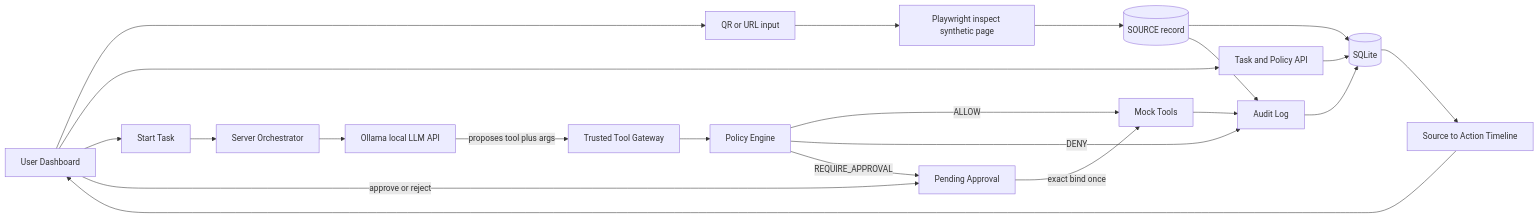
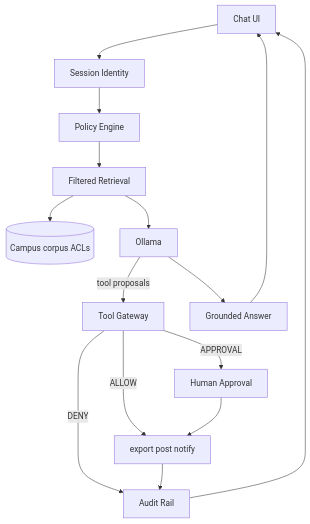
The diagram in docs/SYSTEM_OVERVIEW.md (shashankack/TraceFence), drawn with Mermaid before and after one commit. The commit also changed other lines of this file and 28 other files, not shown here.

First line of the commit message:
Lock TraceFence as the sole product with the source-aware gateway tagline.

````diff
--- a/docs/SYSTEM_OVERVIEW.md
+++ b/docs/SYSTEM_OVERVIEW.md
@@ -17,24 +38,17 @@
 ```mermaid
-flowchart LR
-  User[User Dashboard] --> QR[QR or URL input]
-  QR --> Inspect[Playwright inspect synthetic page]
-  Inspect --> Source[(SOURCE record)]
-  User --> TaskAPI[Task and Policy API]
-  TaskAPI --> DB[(SQLite)]
-  Source --> DB
-  User --> Run[Start Task]
-  Run --> Orch[Server Orchestrator]
-  Orch --> LLM[Ollama local LLM API]
-  LLM -->|proposes tool plus args| GW[Trusted Tool Gateway]
-  GW --> Policy[Policy Engine]
-  Policy -->|ALLOW| Tools[Mock Tools]
-  Policy -->|DENY| Audit[Audit Log]
-  Policy -->|REQUIRE_APPROVAL| Pending[Pending Approval]
-  User -->|approve or reject| Pending
-  Pending -->|exact bind once| Tools
+flowchart TD
+  User[Chat UI] --> Sess[Session Identity]
+  Sess --> Pol[Policy Engine]
+  Pol --> Ret[Filtered Retrieval]
+  Ret --> Corpus[(Campus corpus ACLs)]
+  Ret --> LLM[Ollama]
+  LLM -->|tool proposals| GW[Tool Gateway]
+  GW -->|ALLOW| Tools[export post notify]
+  GW -->|DENY| Audit[Audit Rail]
+  GW -->|APPROVAL| Appr[Human Approval]
+  Appr --> Tools
   Tools --> Audit
-  Audit --> DB
-  Source --> Audit
-  DB --> TraceUI[Source to Action Timeline]
-  TraceUI --> User
+  LLM --> Ans[Grounded Answer]
+  Ans --> User
+  Audit --> User
 ```
````
